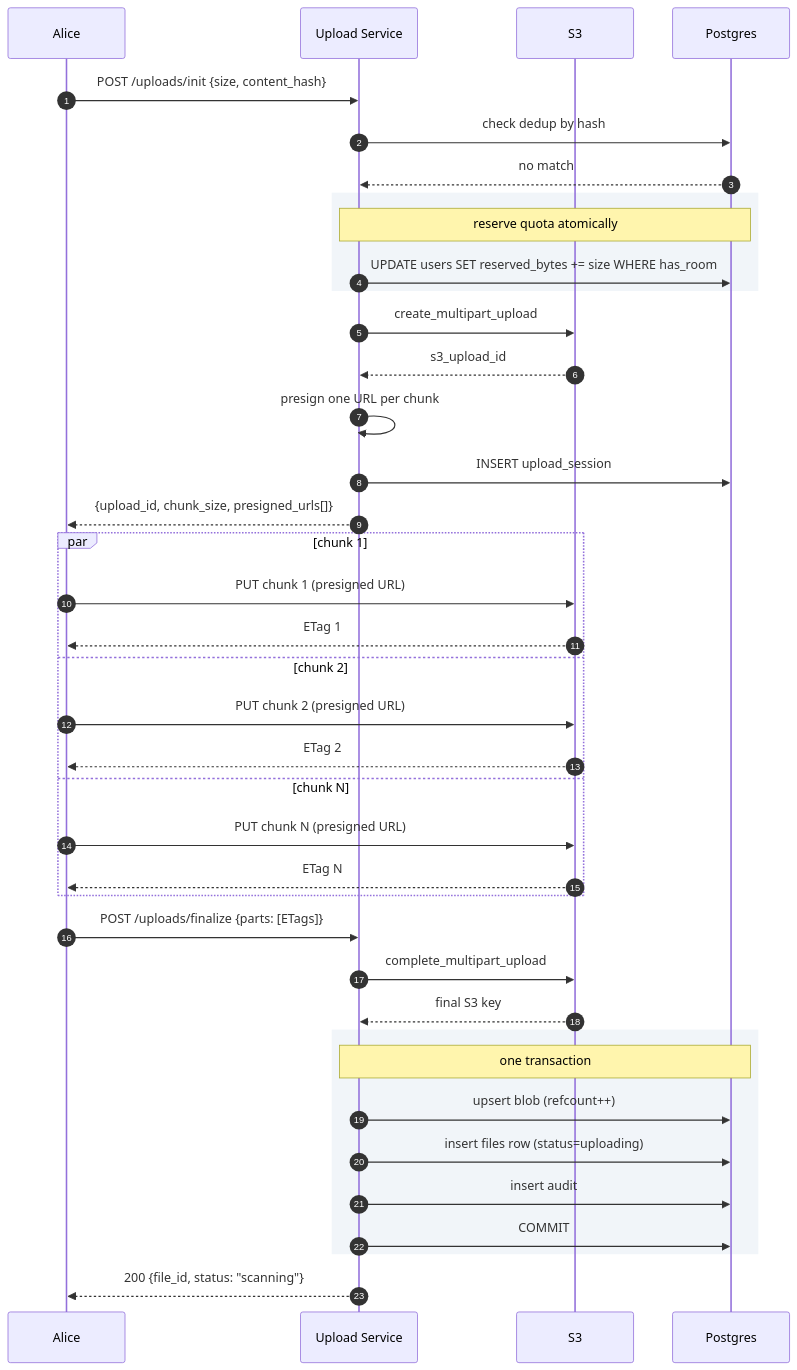
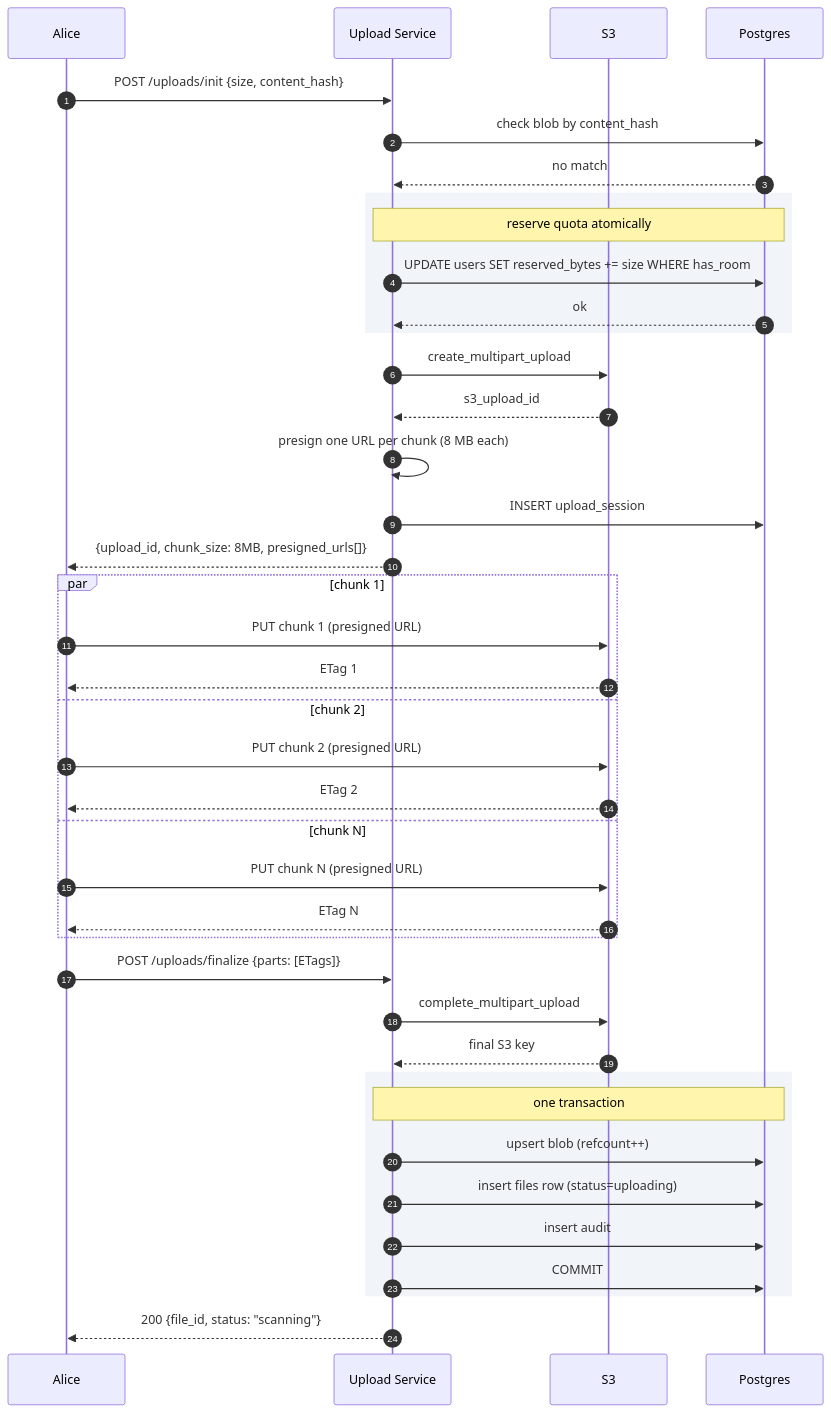
The sixth of 14 diagrams in problems/020-file-upload-share/question.md (shiningflash/system-design), drawn with Mermaid before and after one commit. The commit also changed other lines of this file and 37 other files, not shown here.

````diff
--- a/problems/020-file-upload-share/question.md
+++ b/problems/020-file-upload-share/question.md
@@ -263,48 +230,49 @@
 ```mermaid
 sequenceDiagram
     autonumber
     participant Alice
     participant US as Upload Service
     participant S3
     participant DB as Postgres
 
     Alice->>US: POST /uploads/init {size, content_hash}
-    US->>DB: check dedup by hash
+    US->>DB: check blob by content_hash
     DB-->>US: no match
 
     rect rgb(241, 245, 249)
         Note over US,DB: reserve quota atomically
         US->>DB: UPDATE users SET reserved_bytes += size WHERE has_room
+        DB-->>US: ok
     end
 
     US->>S3: create_multipart_upload
     S3-->>US: s3_upload_id
-    US->>US: presign one URL per chunk
+    US->>US: presign one URL per chunk (8 MB each)
     US->>DB: INSERT upload_session
-    US-->>Alice: {upload_id, chunk_size, presigned_urls[]}
+    US-->>Alice: {upload_id, chunk_size: 8MB, presigned_urls[]}
 
     par chunk 1
         Alice->>S3: PUT chunk 1 (presigned URL)
         S3-->>Alice: ETag 1
     and chunk 2
         Alice->>S3: PUT chunk 2 (presigned URL)
         S3-->>Alice: ETag 2
     and chunk N
         Alice->>S3: PUT chunk N (presigned URL)
         S3-->>Alice: ETag N
     end
 
     Alice->>US: POST /uploads/finalize {parts: [ETags]}
     US->>S3: complete_multipart_upload
     S3-->>US: final S3 key
 
     rect rgb(241, 245, 249)
         Note over US,DB: one transaction
         US->>DB: upsert blob (refcount++)
         US->>DB: insert files row (status=uploading)
         US->>DB: insert audit
         US->>DB: COMMIT
     end
 
     US-->>Alice: 200 {file_id, status: "scanning"}
 ```
````
